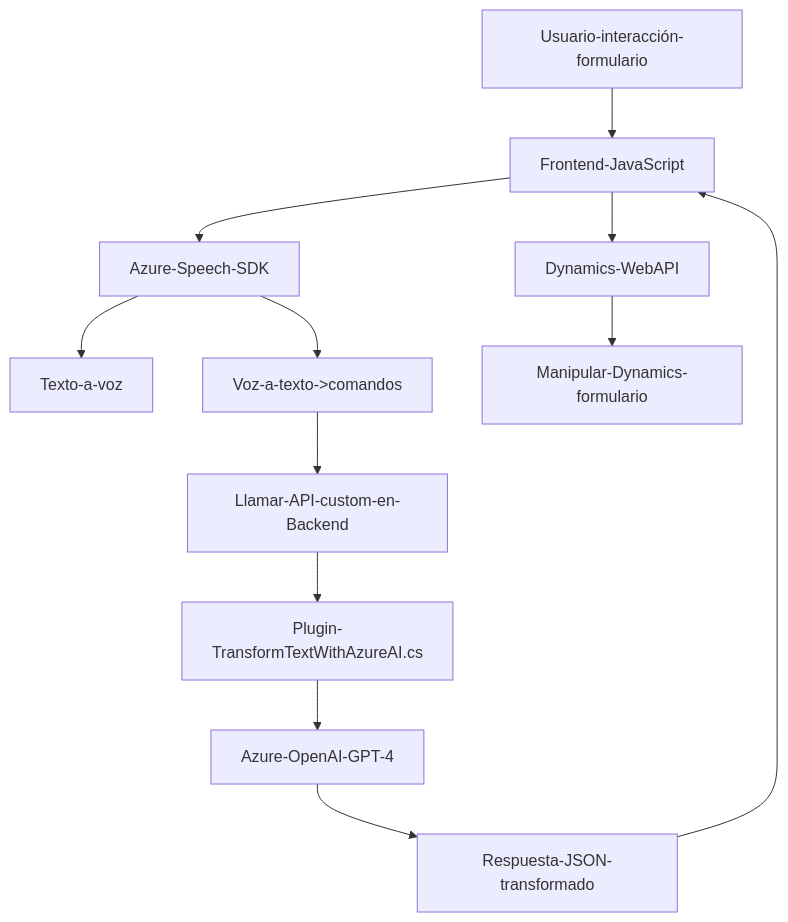
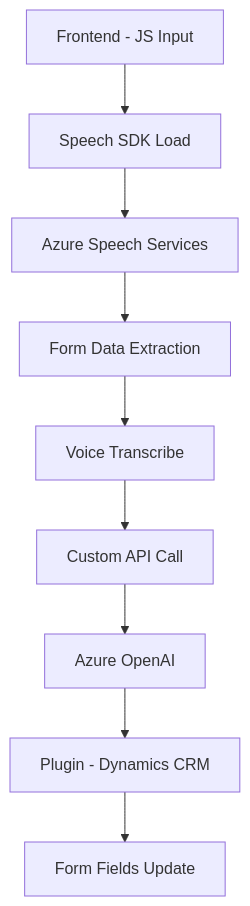
One commit to blopezdm/NETCORE_BILBAO2025 changed the diagram in README.md. Above: the diagram before and after it, drawn with Mermaid. The commit also changed other lines of this file, not shown here.

````diff
--- a/README.md
+++ b/README.md
@@ -58,14 +34,16 @@
 ```mermaid
 graph TD
-    A["Usuario-interacción-formulario"] --> B["Frontend-JavaScript"]
-    B --> C["Azure-Speech-SDK"]
-    B --> D["Dynamics-WebAPI"]
-    C --> E["Texto-a-voz"]
-    C --> F["Voz-a-texto->comandos"]
-    F --> G["Llamar-API-custom-en-Backend"]
-    G --> H["Plugin-TransformTextWithAzureAI.cs"]
-    H --> I["Azure-OpenAI-GPT-4"]
-    I --> J["Respuesta-JSON-transformado"]
-    J --> B
-    D --> K["Manipular-Dynamics-formulario"]
+    A["Frontend - JS Input"]
+    B["Speech SDK Load"]
+    C["Azure Speech Services"]
+    D["Form Data Extraction"]
+    E["Voice Transcribe"]
+    F["Custom API Call"]
+    G["Azure OpenAI"]
+    H["Plugin - Dynamics CRM"]
+    I["Form Fields Update"]
+
+    A --> B--> C--> D --> E
+    E --> F--> G --> H
+    H --> I
 ```
````
